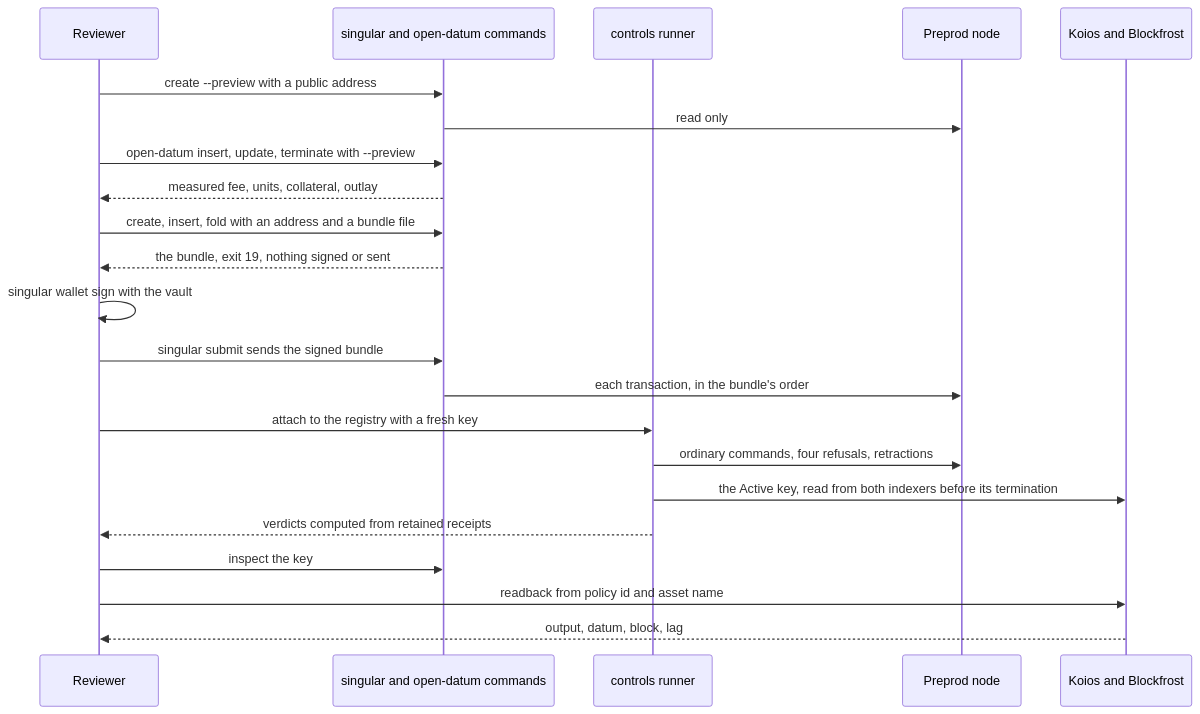
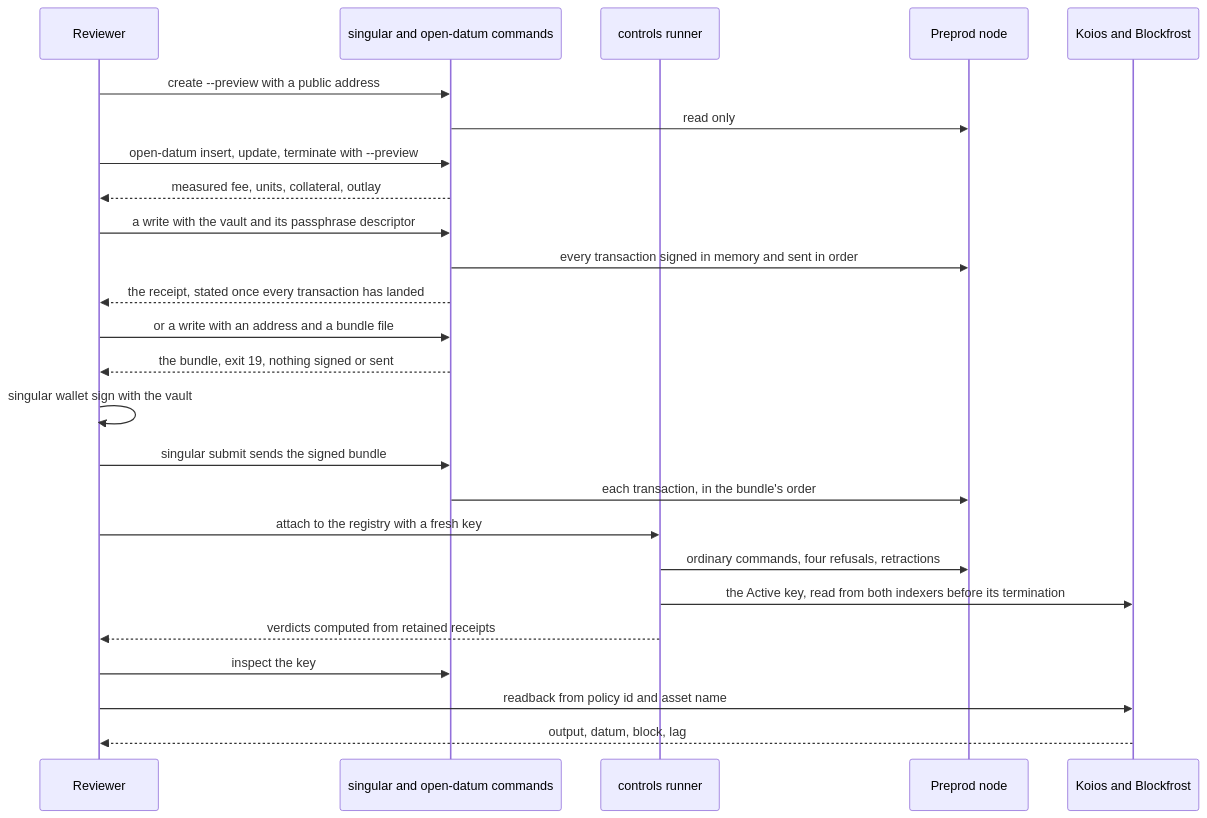
The first of 2 diagrams in docs/demo1-preprod.md (lambdasistemi/singular), drawn with Mermaid before and after one commit. The commit also changed other lines of this file and 8 other files, not shown here.

````diff
--- a/docs/demo1-preprod.md
+++ b/docs/demo1-preprod.md
@@ -13,24 +13,27 @@
 ```mermaid
 sequenceDiagram
     participant R as Reviewer
     participant S as singular and open-datum commands
     participant C as controls runner
     participant N as Preprod node
     participant I as Koios and Blockfrost
     R->>S: create --preview with a public address
     S->>N: read only
     R->>S: open-datum insert, update, terminate with --preview
     S-->>R: measured fee, units, collateral, outlay
-    R->>S: create, insert, fold with an address and a bundle file
+    R->>S: a write with the vault and its passphrase descriptor
+    S->>N: every transaction signed in memory and sent in order
+    S-->>R: the receipt, stated once every transaction has landed
+    R->>S: or a write with an address and a bundle file
     S-->>R: the bundle, exit 19, nothing signed or sent
     R->>R: singular wallet sign with the vault
     R->>S: singular submit sends the signed bundle
     S->>N: each transaction, in the bundle's order
     R->>C: attach to the registry with a fresh key
     C->>N: ordinary commands, four refusals, retractions
     C->>I: the Active key, read from both indexers before its termination
     C-->>R: verdicts computed from retained receipts
     R->>S: inspect the key
     R->>I: readback from policy id and asset name
     I-->>R: output, datum, block, lag
 ```
````
